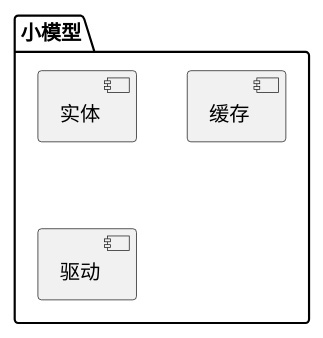
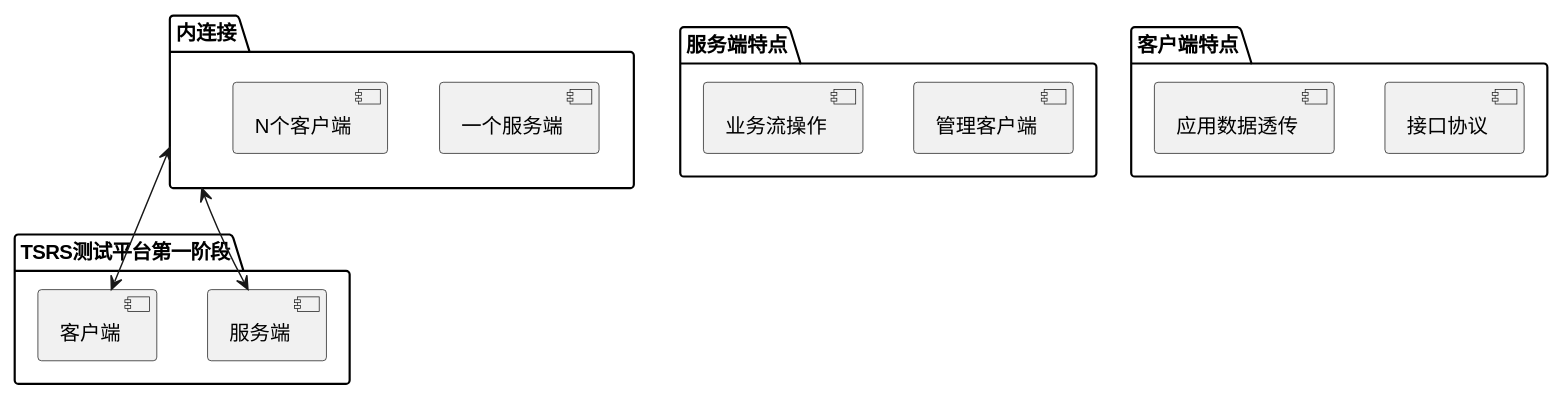
The diagram in sample/app/src/main/java/template/Component.puml (uservGitHub/uml), drawn with PlantUML before and after one commit. The commit also changed 3 other files, not shown here.

Commit message:
新增组件图

```diff
--- a/sample/app/src/main/java/template/Component.puml
+++ b/sample/app/src/main/java/template/Component.puml
@@ -1,21 +1,44 @@
 @startuml
 
-package "小模型"{
+/'package "小模型"{
 [实体]
 [缓存]
 [驱动]
+}'/
+
+package "TSRS测试平台第一阶段" {
+[服务端]
+[客户端]
 }
+
+package "服务端特点" {
+[管理客户端]
+[业务流操作]
+}
+
+package "客户端特点" {
+[接口协议]
+[应用数据透传]
+}
+
+package "内连接" {
+[一个服务端]
+[N个客户端]
+}
+
+[内连接] <--> 服务端
+[内连接] <--> 客户端
 
 
 
 
 /'package "BackSystem Group" {
 HTTP - [First Component]
 [Another Component]
 }
 package "Bufer Groups" {
 FTP - [Second Component]
 [First Component] --> FTP
 }'/
 
 @enduml
```
